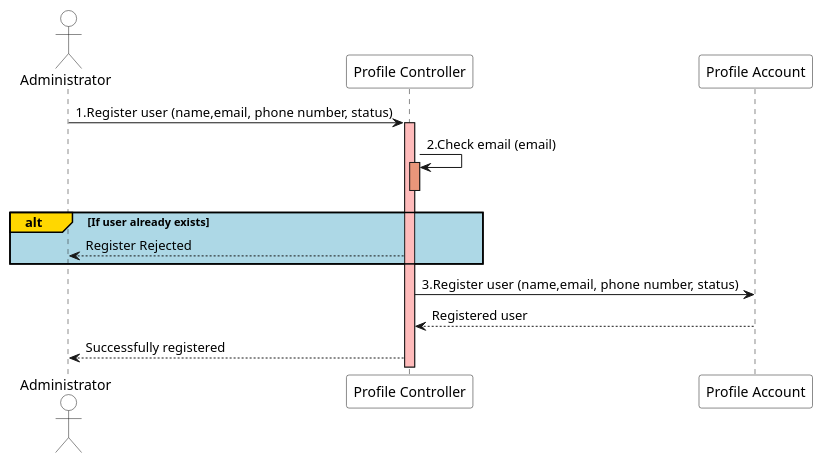
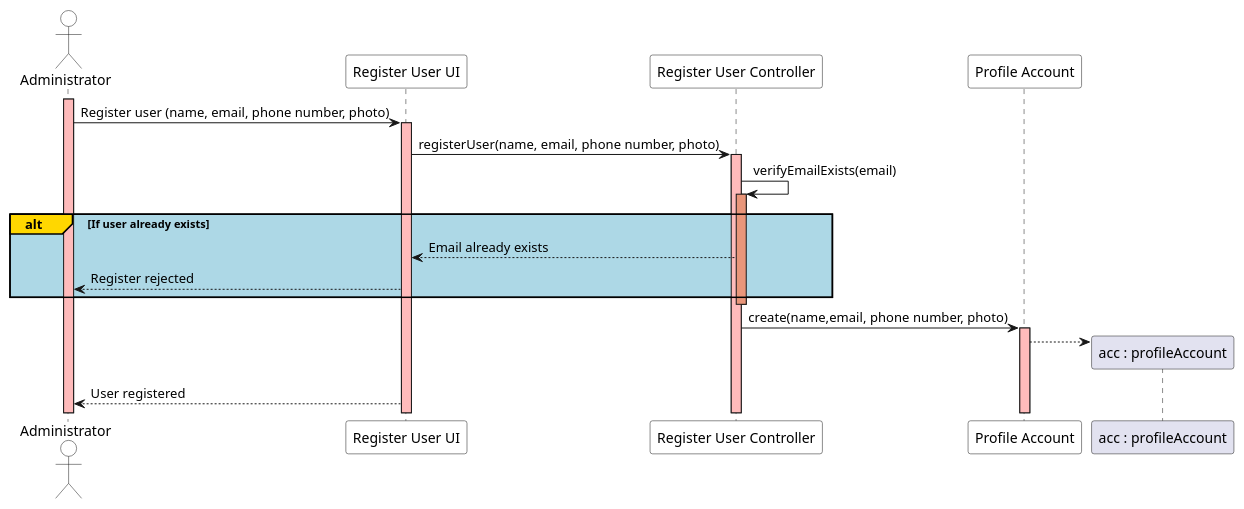
Before and after one commit to ivo-menezes/project_g3: the diagram in docs/modelling_design/user_stories/us002/US002_RegisterUserSD.puml, drawn with PlantUML.

Commit message:
US002:Design: US002_RegisterUserSD (Update)

```diff
--- a/docs/modelling_design/user_stories/us002/US002_RegisterUserSD.puml
+++ b/docs/modelling_design/user_stories/us002/US002_RegisterUserSD.puml
@@ -1,22 +1,31 @@
 @startuml
 
 actor Administrator  as Administrator #white
-participant "Profile Controller" as Profile #white
+participant "Register User UI" as UI #white
+participant "Register User Controller" as Controller #white
 participant "Profile Account" as Account #white
 
-Administrator ->  Profile : 1.Register user (name,email, phone number, status)
-activate Profile #FFBBBB
+activate Administrator #FFBBBB
+Administrator ->  UI : Register user (name, email, phone number, photo)
+activate UI #FFBBBB
+UI -> Controller : registerUser(name, email, phone number, photo)
 
-Profile -> Profile: 2.Check email (email)
-activate Profile #DarkSalmon
-deactivate Profile #DarkSalmon
+activate Controller #FFBBBB
+Controller -> Controller : verifyEmailExists(email)
+activate Controller #E9967A
 
+'Números dentro da caixa?
 alt#Gold #LightBlue If user already exists
-   Administrator <-- Profile : Register Rejected
+   UI <-- Controller : Email already exists
+   Administrator <-- UI : Register rejected
 end
+deactivate Controller
 
-Profile -> Account : 3.Register user (name,email, phone number, status)
-Profile <-- Account: Registered user
+Controller -> Account : create(name,email, phone number, photo)
+activate Account #FFBBBB
+Account -->"acc : profileAccount" **
+'Controller -> Account : validateProfile(name,email, phone number, photo)
 
-Administrator <-- Profile: Successfully registered
+UI --> Administrator : User registered
+
 @enduml
```
